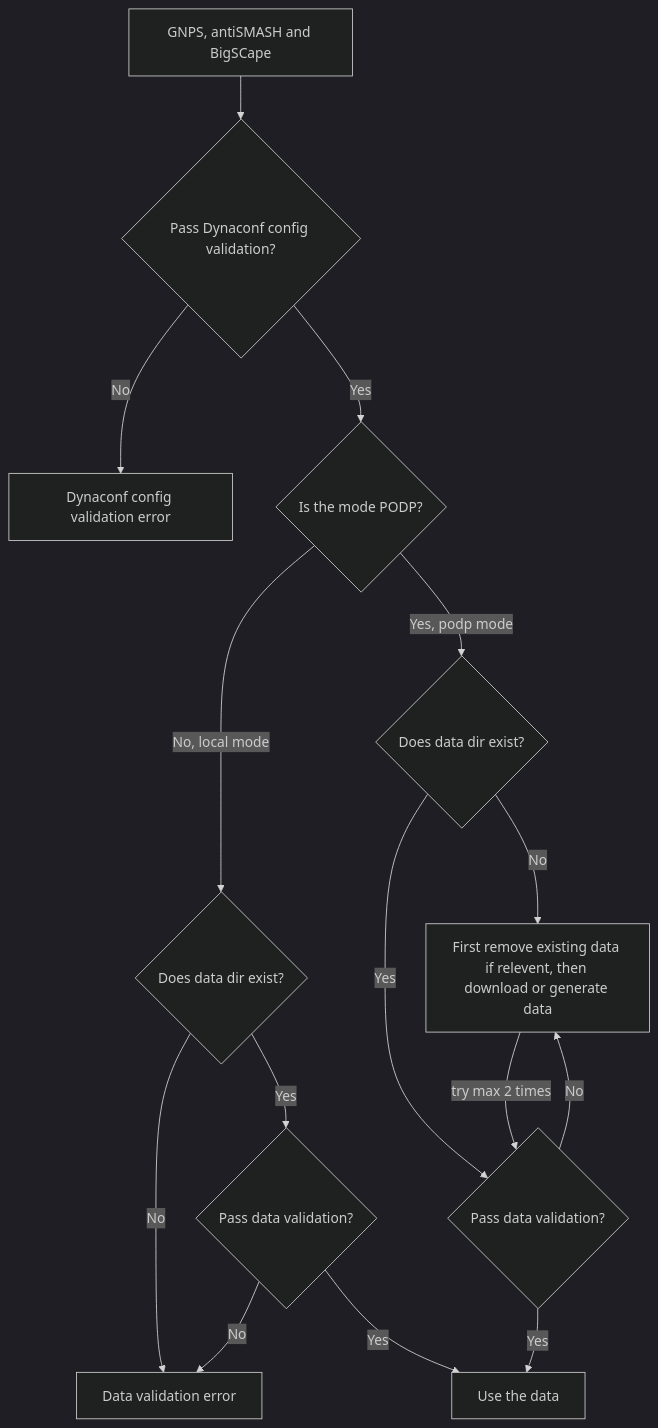
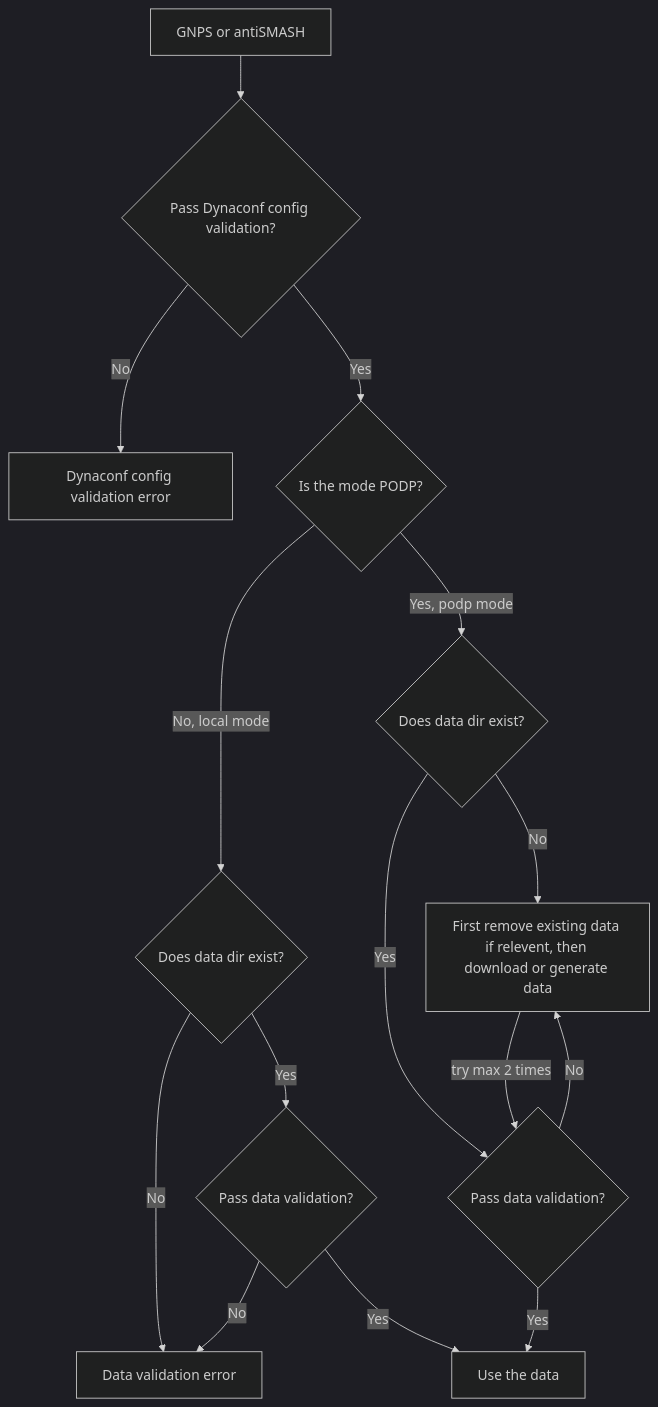
The fourth of 6 diagrams in docs/diagrams/arranger.md (NPLinker/nplinker), drawn with Mermaid (dark theme) before and after one commit. The commit also changed other lines of this file and 1 other file, not shown here.

````diff
--- a/docs/diagrams/arranger.md
+++ b/docs/diagrams/arranger.md
@@ -32,23 +32,23 @@
 ``` mermaid
 flowchart TD
     ConfigError[Dynaconf config validation error]
     DataError[Data validation error]
     UseIt[Use the data]
     Download[First remove existing data if relevent, then download or generate data]
 
-    A[GNPS, antiSMASH and BigSCape] --> B{Pass Dynaconf config validation?}
+    A[GNPS or antiSMASH] --> B{Pass Dynaconf config validation?}
     B -->|No | ConfigError
     B -->|Yes| G{Is the mode PODP?}
     
     G -->|No, local mode| G1{Does data dir exist?}
     G1 -->|No | DataError
     G1 -->|Yes| H{Pass data validation?}
     H --> |No | DataError
     H --> |Yes| UseIt 
 
     G -->|Yes, podp mode| G2{Does data dir exist?}
     G2 --> |No | Download
     G2 --> |Yes | J{Pass data validation?}
     J -->|No | Download --> |try max 2 times| J
     J -->|Yes| UseIt
 ```
````
